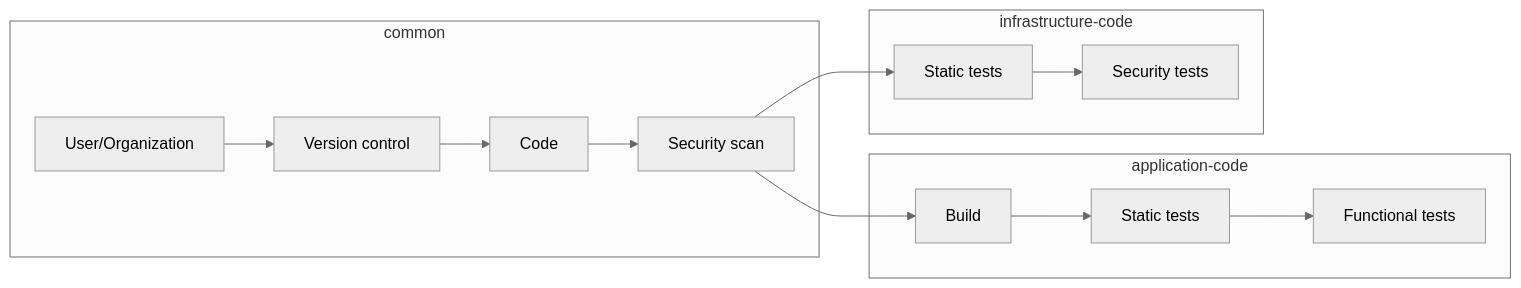
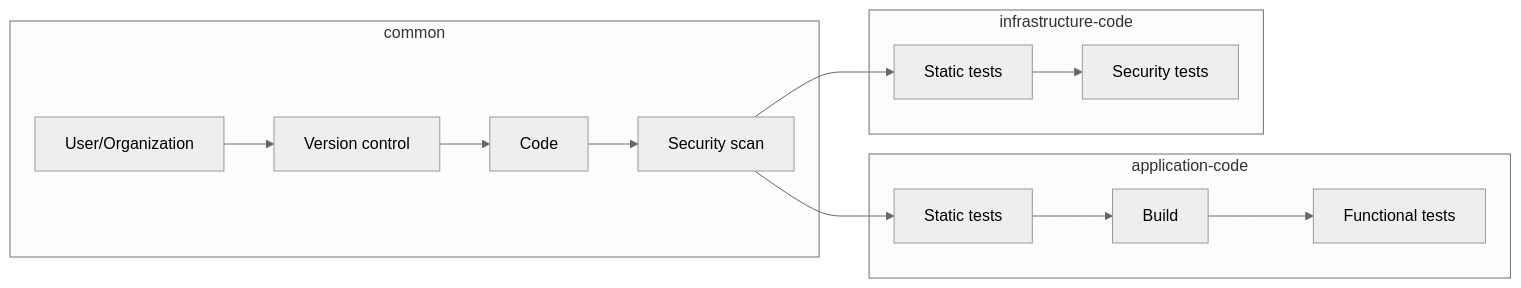
One commit to christosgalano/christosgalano.github.io changed the first of 2 diagrams in _drafts/cicd-guideline.md. Above: the diagram before and after it, drawn with Mermaid (neutral theme). The commit also changed other lines of this file, not shown here.

Commit message:
Update content

```diff
--- a/_drafts/cicd-guideline.md
+++ b/_drafts/cicd-guideline.md
@@ -22,16 +22,16 @@
 <div class="mermaid">
 graph LR
 subgraph common
     UO[User/Organization] --> VC[Version control] --> C[Code]
     C --> SC[Security scan]
 end
 subgraph application-code
-    SC --> B[Build]
-    B --> STAA[Static tests]
-    STAA --> FUN[Functional tests]
+    SC --> STAA[Static tests]
+    STAA --> B[Build]
+    B --> FUN[Functional tests]
 end
 subgraph infrastructure-code
     SC --> STAI[Static tests]
     STAI --> SECI[Security tests]
 end
 </div>
```
